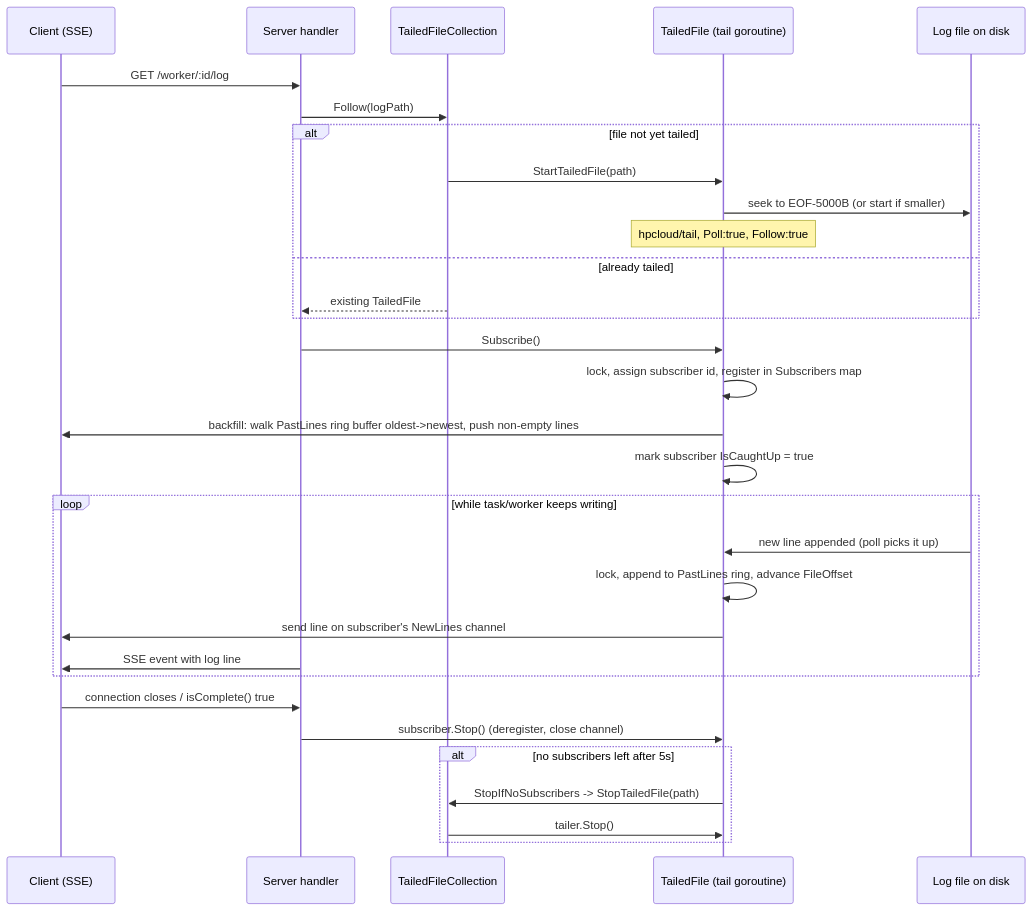
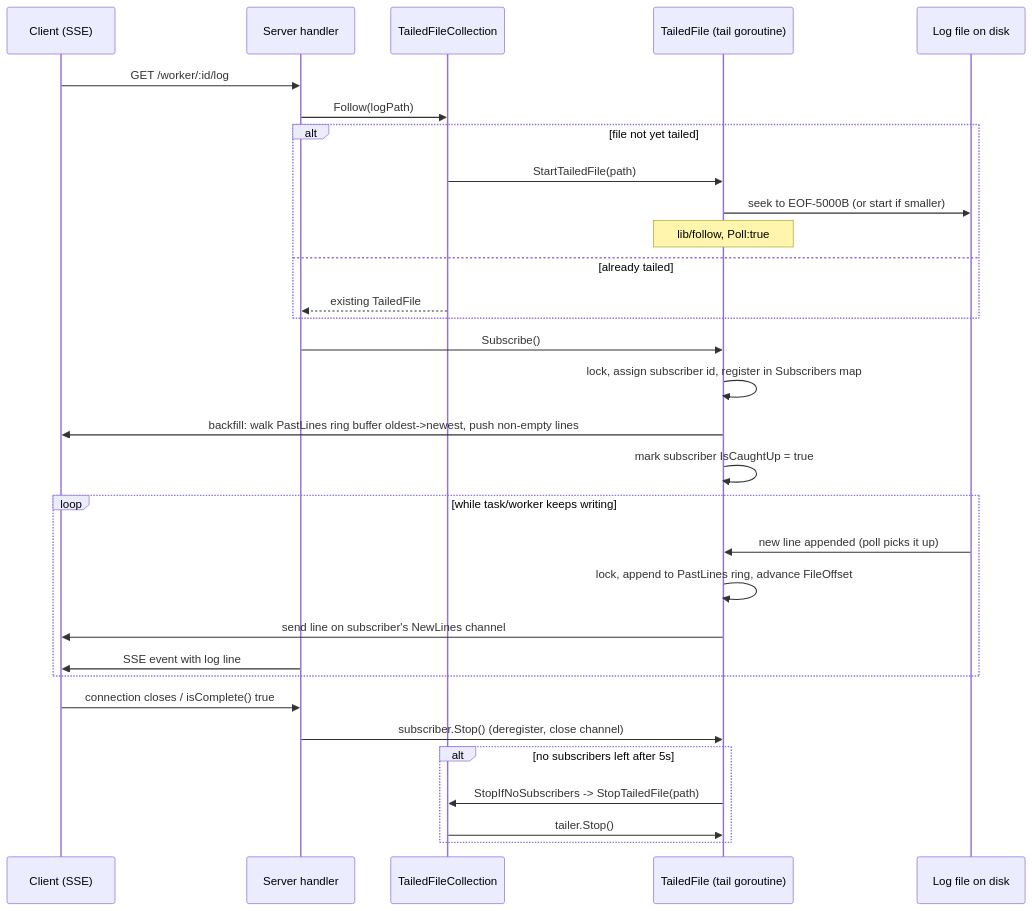
The fourth of 4 diagrams in docs/task_flow.md (turtlemonvh/blanket), drawn with Mermaid before and after one commit. The commit also changed other lines of this file and 21 other files, not shown here.

````diff
--- a/docs/task_flow.md
+++ b/docs/task_flow.md
@@ -866,36 +866,36 @@
 ```mermaid
 sequenceDiagram
     participant C as Client (SSE)
     participant Srv as Server handler
     participant TFC as TailedFileCollection
     participant TF as TailedFile (tail goroutine)
     participant Log as Log file on disk
 
     C->>Srv: GET /worker/:id/log
     Srv->>TFC: Follow(logPath)
     alt file not yet tailed
         TFC->>TF: StartTailedFile(path)
         TF->>Log: seek to EOF-5000B (or start if smaller)
-        Note over TF: hpcloud/tail, Poll:true, Follow:true
+        Note over TF: lib/follow, Poll:true
     else already tailed
         TFC-->>Srv: existing TailedFile
     end
     Srv->>TF: Subscribe()
     TF->>TF: lock, assign subscriber id, register in Subscribers map
     TF->>C: backfill: walk PastLines ring buffer oldest->newest, push non-empty lines
     TF->>TF: mark subscriber IsCaughtUp = true
 
     loop while task/worker keeps writing
         Log->>TF: new line appended (poll picks it up)
         TF->>TF: lock, append to PastLines ring, advance FileOffset
         TF->>C: send line on subscriber's NewLines channel
         Srv->>C: SSE event with log line
     end
 
     C->>Srv: connection closes / isComplete() true
     Srv->>TF: subscriber.Stop() (deregister, close channel)
     alt no subscribers left after 5s
         TF->>TFC: StopIfNoSubscribers -> StopTailedFile(path)
         TFC->>TF: tailer.Stop()
     end
 ```
````
